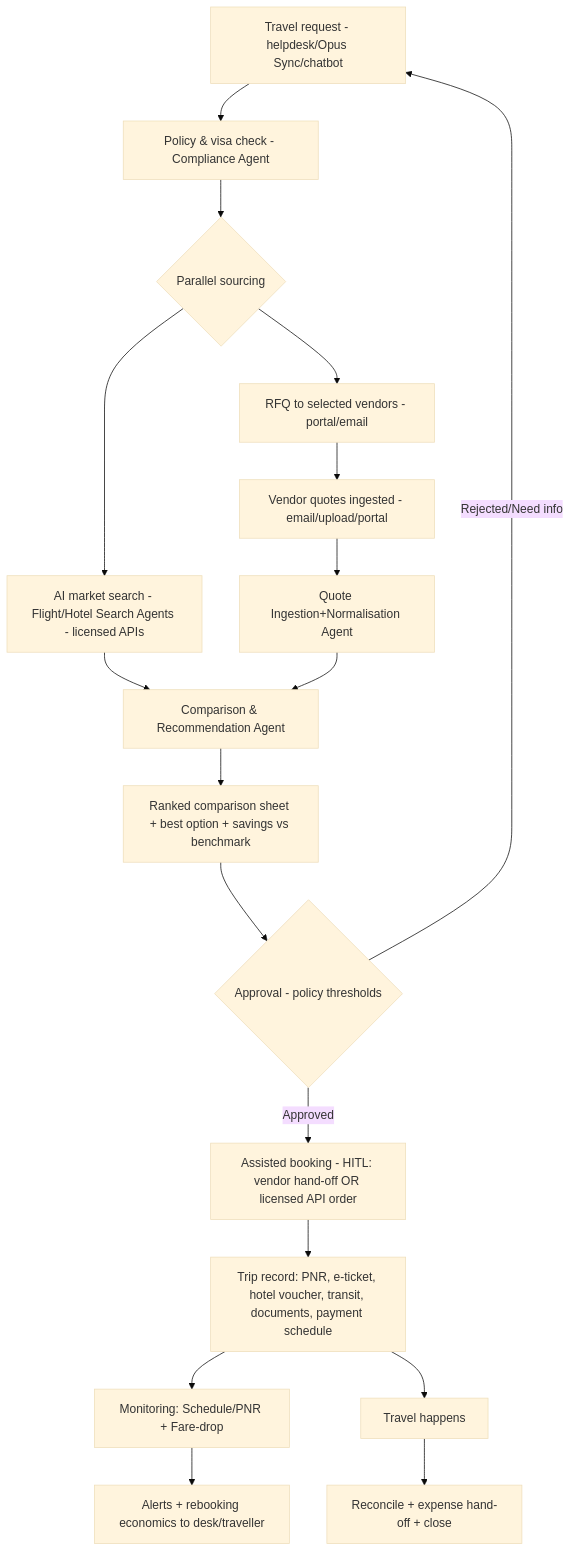
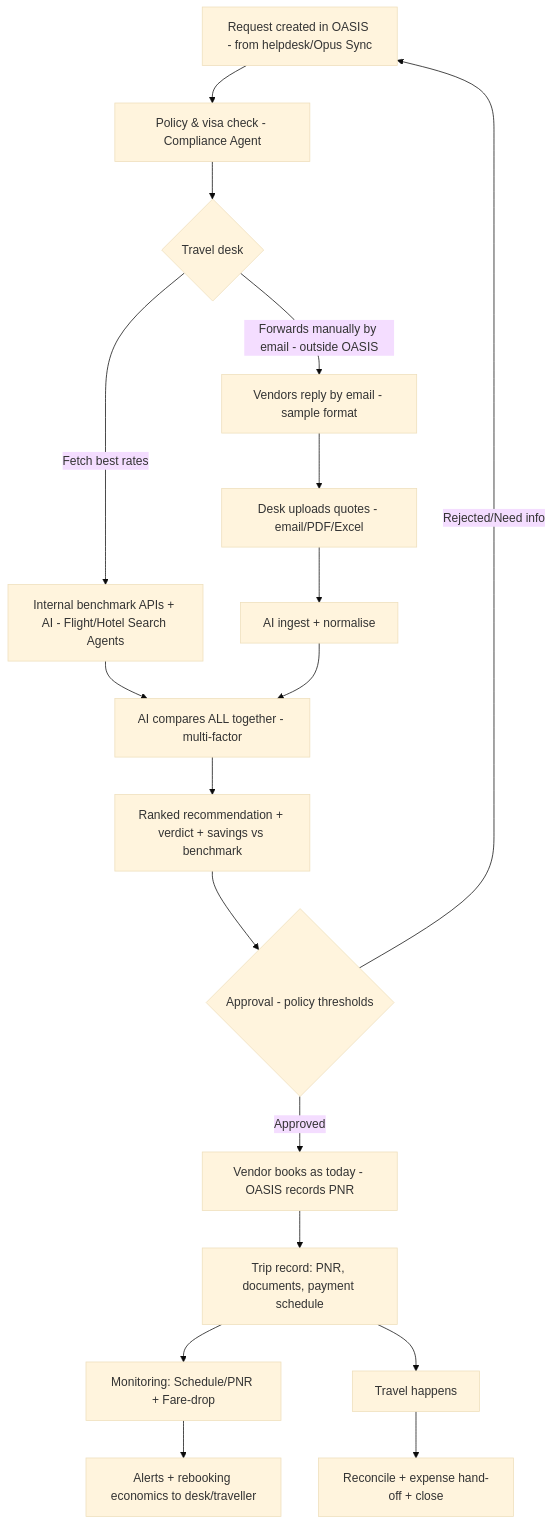
Before and after one commit to nileshpardeshi/oasis: the second of 5 diagrams in travelDesk_requirement.md, drawn with Mermaid (base theme). The commit also changed other lines of this file and 4 other files, not shown here.

First line of the commit message:
Travel Desk: flow correction - create-in-OASIS, Fetch best rates + Upload quotes

````diff
--- a/travelDesk_requirement.md
+++ b/travelDesk_requirement.md
@@ -106,19 +107,19 @@
 ```mermaid
 flowchart TB
-  REQ[Travel request - helpdesk/Opus Sync/chatbot] --> POL[Policy & visa check - Compliance Agent]
-  POL --> PAR{Parallel sourcing}
-  PAR --> AISRCH[AI market search - Flight/Hotel Search Agents - licensed APIs]
-  PAR --> RFQ[RFQ to selected vendors - portal/email]
-  RFQ --> QIN[Vendor quotes ingested - email/upload/portal]
-  QIN --> NORM[Quote Ingestion+Normalisation Agent]
-  AISRCH --> CMP[Comparison & Recommendation Agent]
+  REQ[Request created in OASIS - from helpdesk/Opus Sync] --> POL[Policy & visa check - Compliance Agent]
+  POL --> DESK{Travel desk}
+  DESK -->|Fetch best rates| AISRCH[Internal benchmark APIs + AI - Flight/Hotel Search Agents]
+  DESK -->|Forwards manually by email - outside OASIS| VEND[Vendors reply by email - sample format]
+  VEND --> UP[Desk uploads quotes - email/PDF/Excel]
+  UP --> NORM[AI ingest + normalise]
+  AISRCH --> CMP[AI compares ALL together - multi-factor]
   NORM --> CMP
-  CMP --> SHEET[Ranked comparison sheet + best option + savings vs benchmark]
+  CMP --> SHEET[Ranked recommendation + verdict + savings vs benchmark]
   SHEET --> APPR{Approval - policy thresholds}
-  APPR -->|Approved| BOOK[Assisted booking - HITL: vendor hand-off OR licensed API order]
+  APPR -->|Approved| HAND[Vendor books as today - OASIS records PNR]
   APPR -->|Rejected/Need info| REQ
-  BOOK --> TRIP[Trip record: PNR, e-ticket, hotel voucher, transit, documents, payment schedule]
+  HAND --> TRIP[Trip record: PNR, documents, payment schedule]
   TRIP --> MON[Monitoring: Schedule/PNR + Fare-drop]
   MON --> ALERT[Alerts + rebooking economics to desk/traveller]
   TRIP --> TRAVEL[Travel happens] --> CLOSE[Reconcile + expense hand-off + close]
 ```
````
